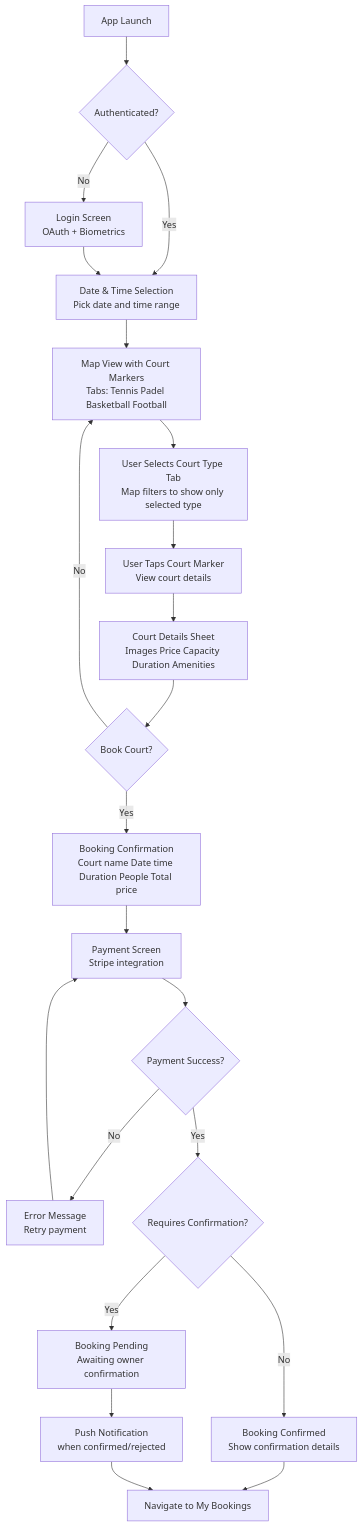
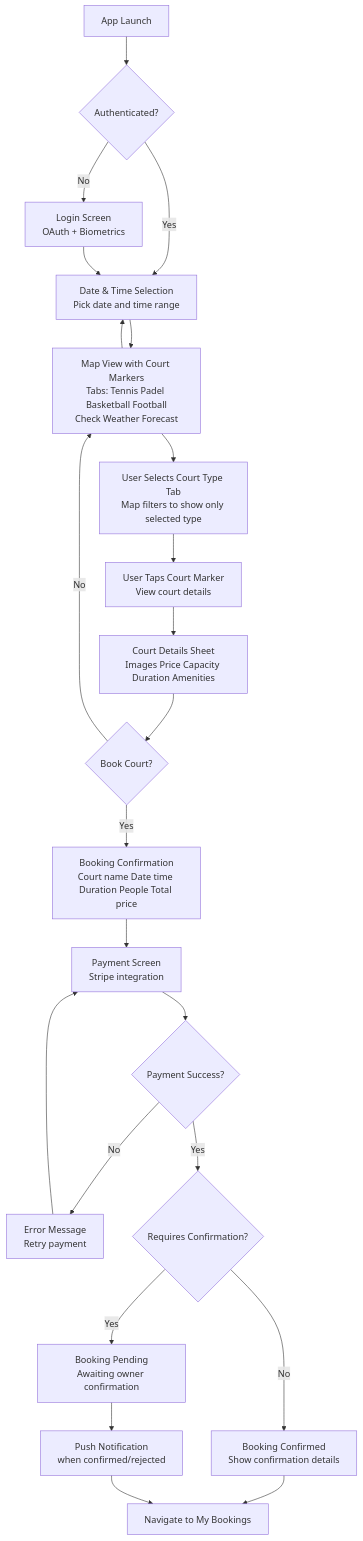
One commit to kevag4/fieldBooking_specs changed the second of 2 diagrams in .kiro/specs/field-booking-platform/requirements.md. Above: the diagram before and after it, drawn with Mermaid. The commit also changed other lines of this file, not shown here.

Commit message:
[NIKOS_comments] Weather forecast and segregate notification service

````diff
--- a/.kiro/specs/field-booking-platform/requirements.md
+++ b/.kiro/specs/field-booking-platform/requirements.md
@@ -236,33 +254,35 @@
 ```mermaid
 graph TD
     START[App Launch] --> AUTH{Authenticated?}
     AUTH -->|No| LOGIN[Login Screen<br/>OAuth + Biometrics]
     AUTH -->|Yes| DATETIME[Date & Time Selection<br/>Pick date and time range]
     LOGIN --> DATETIME
     
-    DATETIME --> MAP[Map View with Court Markers<br/>Tabs: Tennis Padel Basketball Football]
+    DATETIME --> MAP[Map View with Court Markers<br/>Tabs: Tennis Padel Basketball Football<br/>Check Weather Forecast]
+    
+    MAP --> DATETIME
     
     MAP --> FILTER[User Selects Court Type Tab<br/>Map filters to show only selected type]
     
     FILTER --> SELECT[User Taps Court Marker<br/>View court details]
     
     SELECT --> DETAILS[Court Details Sheet<br/>Images Price Capacity Duration Amenities]
     
     DETAILS --> BOOK{Book Court?}
     BOOK -->|No| MAP
     BOOK -->|Yes| CONFIRM[Booking Confirmation<br/>Court name Date time Duration People Total price]
     
     CONFIRM --> PAYMENT[Payment Screen<br/>Stripe integration]
     
     PAYMENT --> PROCESS{Payment Success?}
     PROCESS -->|No| ERROR[Error Message<br/>Retry payment]
     ERROR --> PAYMENT
     
     PROCESS -->|Yes| PENDING{Requires Confirmation?}
     PENDING -->|Yes| PENDING_MSG[Booking Pending<br/>Awaiting owner confirmation]
     PENDING -->|No| SUCCESS[Booking Confirmed<br/>Show confirmation details]
     
     PENDING_MSG --> NOTIF[Push Notification<br/>when confirmed/rejected]
     SUCCESS --> DONE[Navigate to My Bookings]
     NOTIF --> DONE
 ```
````
